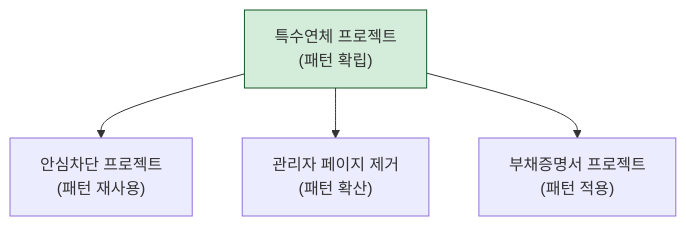
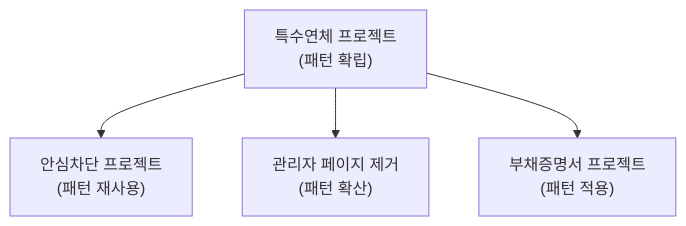
Before and after one commit to Gyubster/til: the fifth of 5 diagrams in _posts/2026-05-07-고객-문제에서-시스템-설계까지-운영팀-요청이-제품이-되는-과정.md, drawn with Mermaid. The commit also changed other lines of this file and 13 other files, not shown here.

Commit message:
Mermaid 렌더링 수정: subgraph style 명령 제거

````diff
--- a/_posts/2026-05-07-고객-문제에서-시스템-설계까지-운영팀-요청이-제품이-되는-과정.md
+++ b/_posts/2026-05-07-고객-문제에서-시스템-설계까지-운영팀-요청이-제품이-되는-과정.md
@@ -129,7 +127,6 @@
 ```mermaid
 flowchart TD
     A["특수연체 프로젝트<br>(패턴 확립)"] --> B["안심차단 프로젝트<br>(패턴 재사용)"]
     A --> C["관리자 페이지 제거<br>(패턴 확산)"]
     A --> D["부채증명서 프로젝트<br>(패턴 적용)"]
-    style A fill:#d4edda,stroke:#155724
 ```
````
